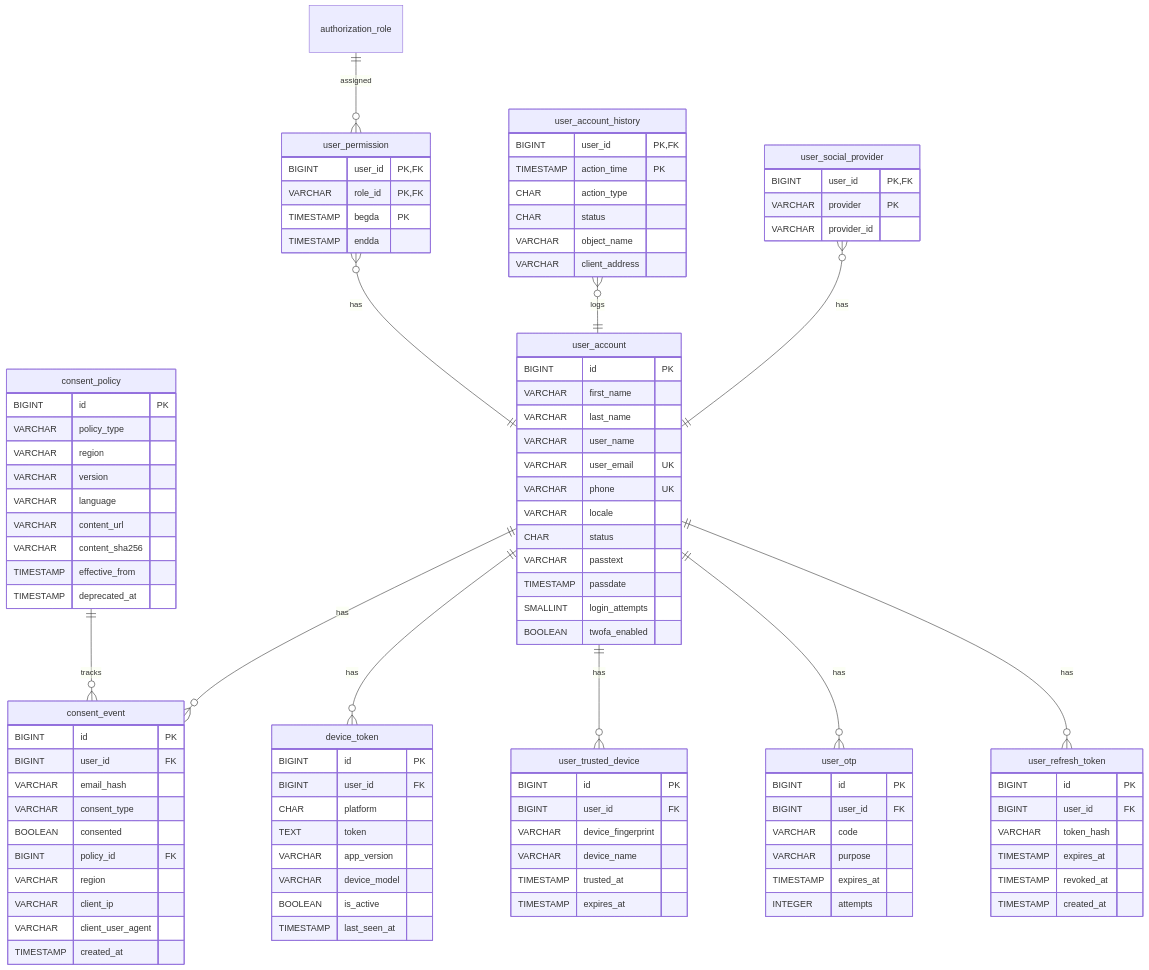
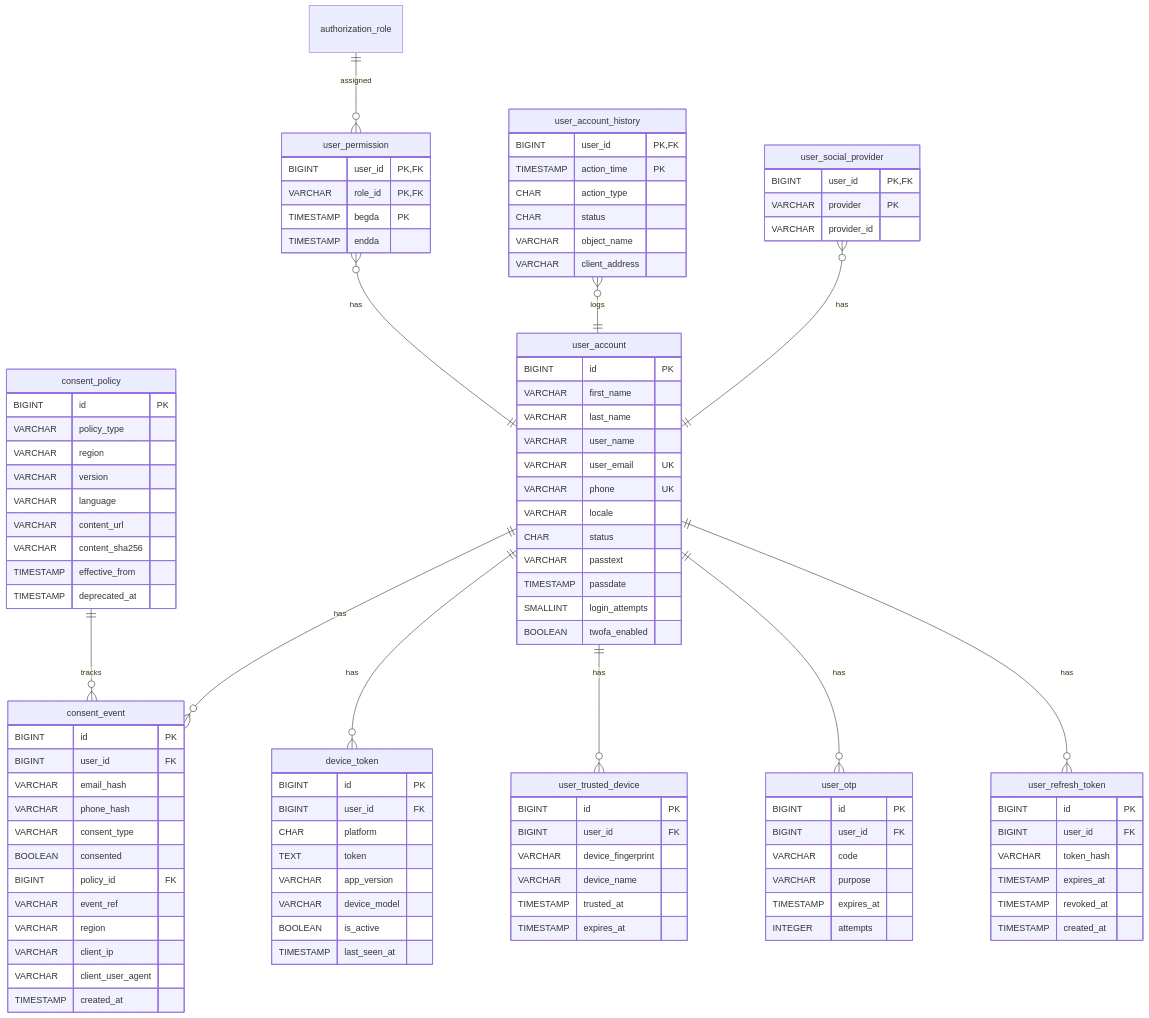
Before and after one commit to nauticana/keel: the tenth of 14 diagrams in README.md, drawn with Mermaid. The commit also changed other lines of this file and 8 other files, not shown here.

```diff
--- a/README.md
+++ b/README.md
@@ -2095,9 +2095,11 @@
         BIGINT id PK
         BIGINT user_id FK
         VARCHAR email_hash
+        VARCHAR phone_hash
         VARCHAR consent_type
         BOOLEAN consented
         BIGINT policy_id FK
+        VARCHAR event_ref
         VARCHAR region
         VARCHAR client_ip
         VARCHAR client_user_agent
```
